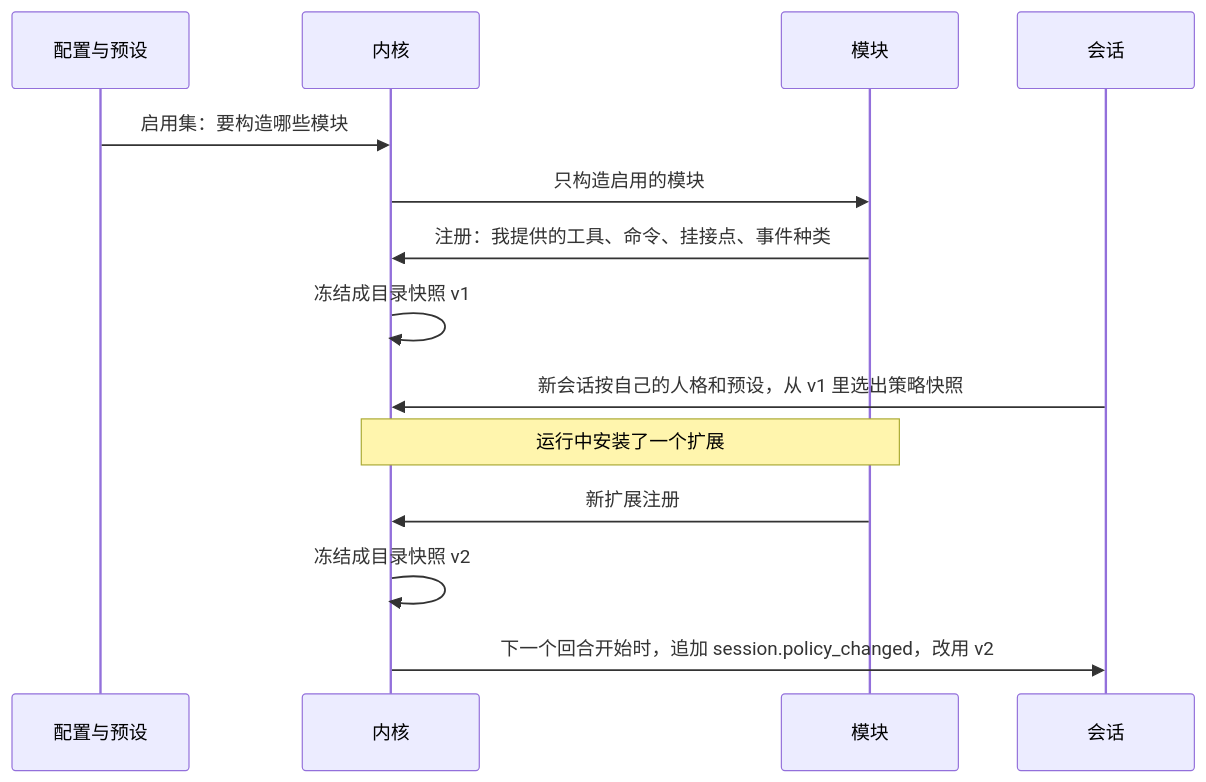
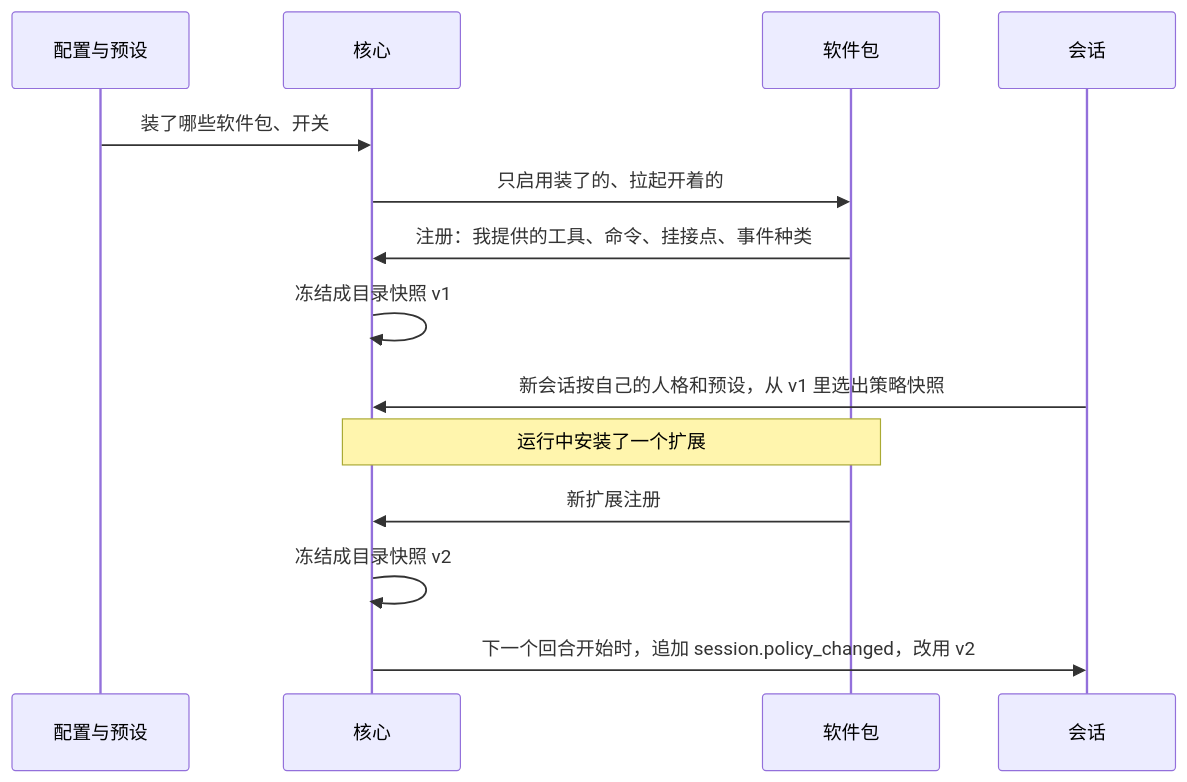
One commit to SHORiN-KiWATA/miyu-agent-remake changed the fourth of 5 diagrams in docs/designs/05-内核接口.md. Above: the diagram before and after it, drawn with Mermaid. The commit also changed other lines of this file and 20 other files, not shown here.

````diff
--- a/docs/designs/05-内核接口.md
+++ b/docs/designs/05-内核接口.md
@@ -400,16 +402,16 @@
 ```mermaid
 sequenceDiagram
     participant Cfg as 配置与预设
-    participant K as 内核
-    participant M as 模块
+    participant K as 核心
+    participant M as 软件包
     participant S as 会话
-    Cfg->>K: 启用集：要构造哪些模块
-    K->>M: 只构造启用的模块
+    Cfg->>K: 装了哪些软件包、开关
+    K->>M: 只启用装了的、拉起开着的
     M->>K: 注册：我提供的工具、命令、挂接点、事件种类
     K->>K: 冻结成目录快照 v1
     S->>K: 新会话按自己的人格和预设，从 v1 里选出策略快照
     Note over K,M: 运行中安装了一个扩展
     M->>K: 新扩展注册
     K->>K: 冻结成目录快照 v2
     K->>S: 下一个回合开始时，追加 session.policy_changed，改用 v2
 ```
````
